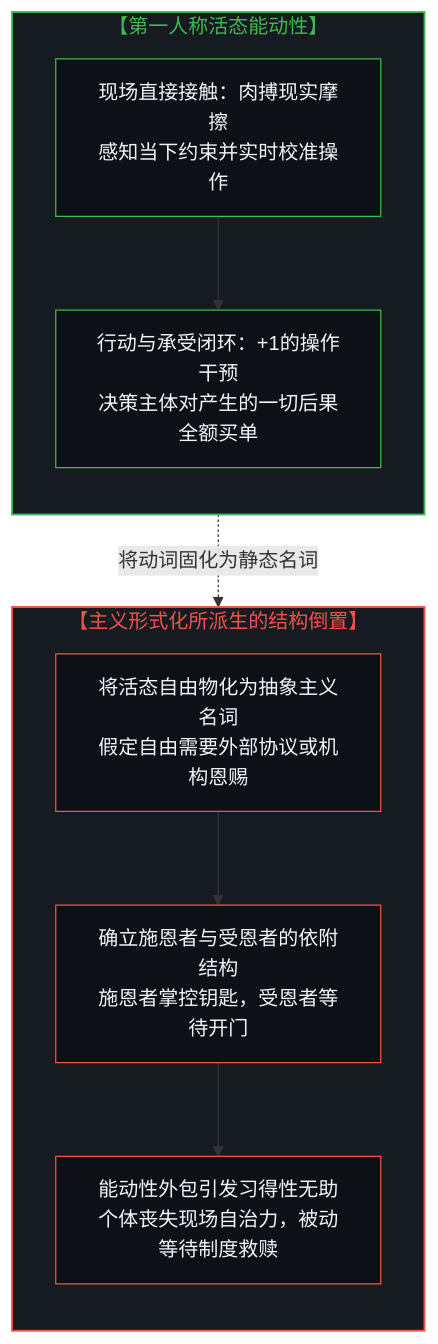
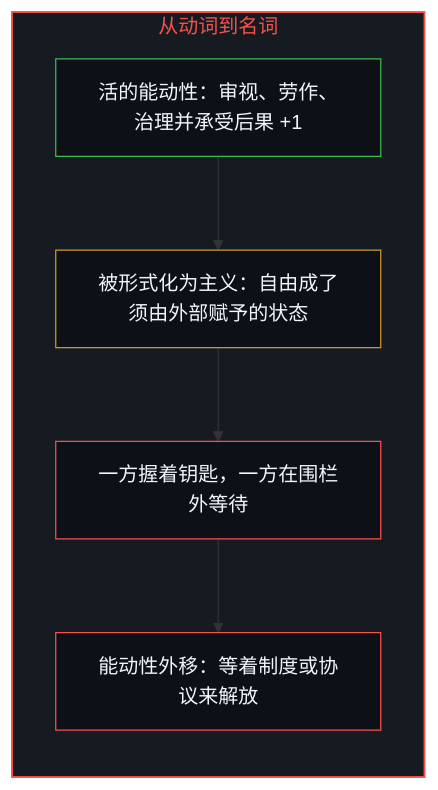
The first of 10 diagrams in content/posts/the-illusion-of-the-unmediated.md (powerpig99/not-a-toe), drawn with Mermaid before and after one commit. The commit also changed other lines of this file and 2 other files, not shown here.

Commit message:
Refine the-illusion-of-the-unmediated: alternating bilingual layout, five paired diagrams, a trajectory read by its structure, implicit first person

````diff
--- a/content/posts/the-illusion-of-the-unmediated.md
+++ b/content/posts/the-illusion-of-the-unmediated.md
@@ -27,27 +27,19 @@
 ```mermaid
-graph TD
-    subgraph S_Living["【第一人称活态能动性】"]
+flowchart TD
+    subgraph S_Ism["从动词到名词"]
         direction TB
-        A1["现场直接接触：肉搏现实摩擦<br/>感知当下约束并实时校准操作"]
-        A2["行动与承受闭环：+1的操作干预<br/>决策主体对产生的一切后果全额买单"]
-        A1 --> A2
+        Verb["活的能动性：审视、劳作、治理并承受后果 +1"]
+        Noun["被形式化为主义：自由成了须由外部赋予的状态"]
+        Keys["一方握着钥匙，一方在围栏外等待"]
+        Wait["能动性外移：等着制度或协议来解放"]
+        Verb --> Noun
+        Noun --> Keys
+        Keys --> Wait
     end
 
-    subgraph S_Inversion["【主义形式化所派生的结构倒置】"]
-        direction TB
-        B1["将活态自由物化为抽象主义名词<br/>假定自由需要外部协议或机构恩赐"]
-        B2["确立施恩者与受恩者的依附结构<br/>施恩者掌控钥匙，受恩者等待开门"]
-        B3["能动性外包引发习得性无助<br/>个体丧失现场自治力，被动等待制度救赎"]
-        B1 --> B2 --> B3
-    end
-
-    A2 -.->|"将动词固化为静态名词"| B1
-
-    style S_Living fill:#161b22,stroke:#3fb950,stroke-width:1.5px,color:#3fb950
-    style S_Inversion fill:#161b22,stroke:#f85149,stroke-width:1.5px,color:#f85149
-    style A1 fill:#0d1117,stroke:#3fb950,stroke-width:1px,color:#f0f6fc
-    style A2 fill:#0d1117,stroke:#3fb950,stroke-width:1px,color:#f0f6fc
-    style B1 fill:#0d1117,stroke:#f85149,stroke-width:1px,color:#f0f6fc
-    style B2 fill:#0d1117,stroke:#f85149,stroke-width:1px,color:#f0f6fc
-    style B3 fill:#0d1117,stroke:#f85149,stroke-width:1px,color:#f0f6fc
+    style S_Ism fill:#161b22,stroke:#f85149,stroke-width:1.5px,color:#f85149
+    style Verb fill:#0d1117,stroke:#3fb950,stroke-width:1px,color:#f0f6fc
+    style Noun fill:#0d1117,stroke:#d29922,stroke-width:1px,color:#f0f6fc
+    style Keys fill:#0d1117,stroke:#f85149,stroke-width:1px,color:#f0f6fc
+    style Wait fill:#0d1117,stroke:#f85149,stroke-width:1px,color:#f0f6fc
 ```
````
